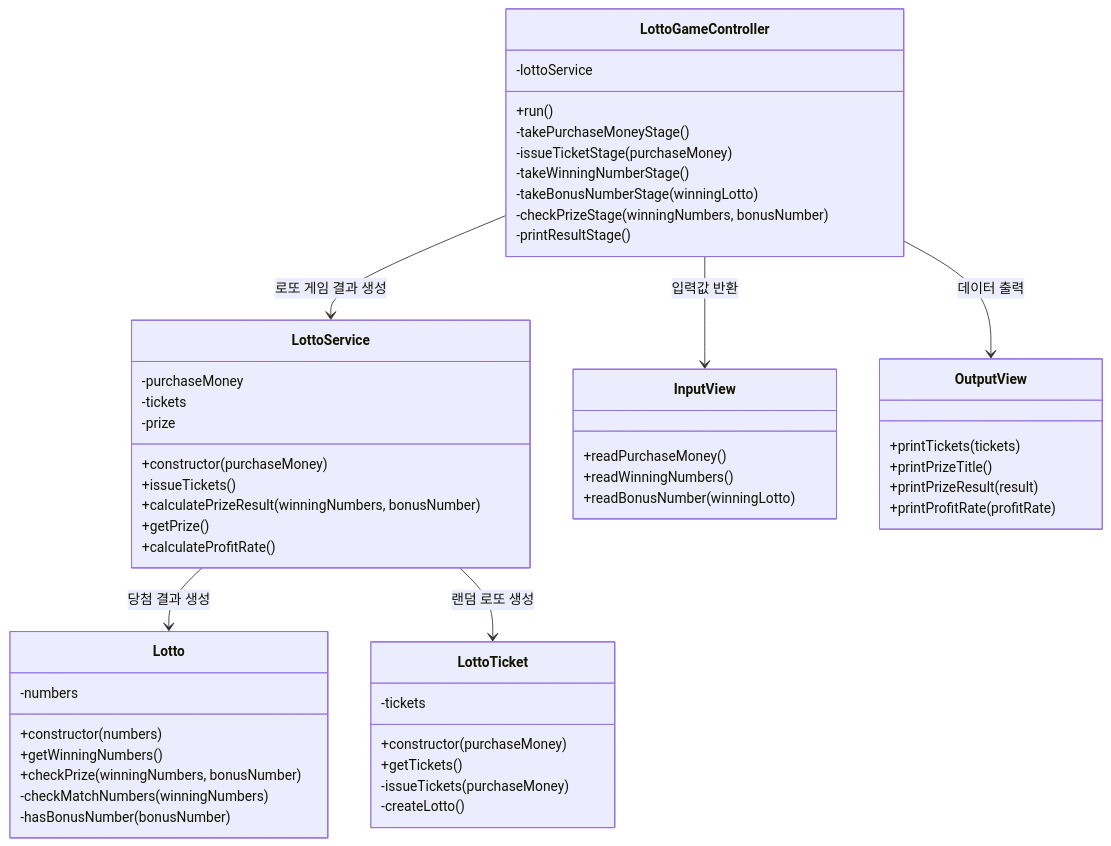
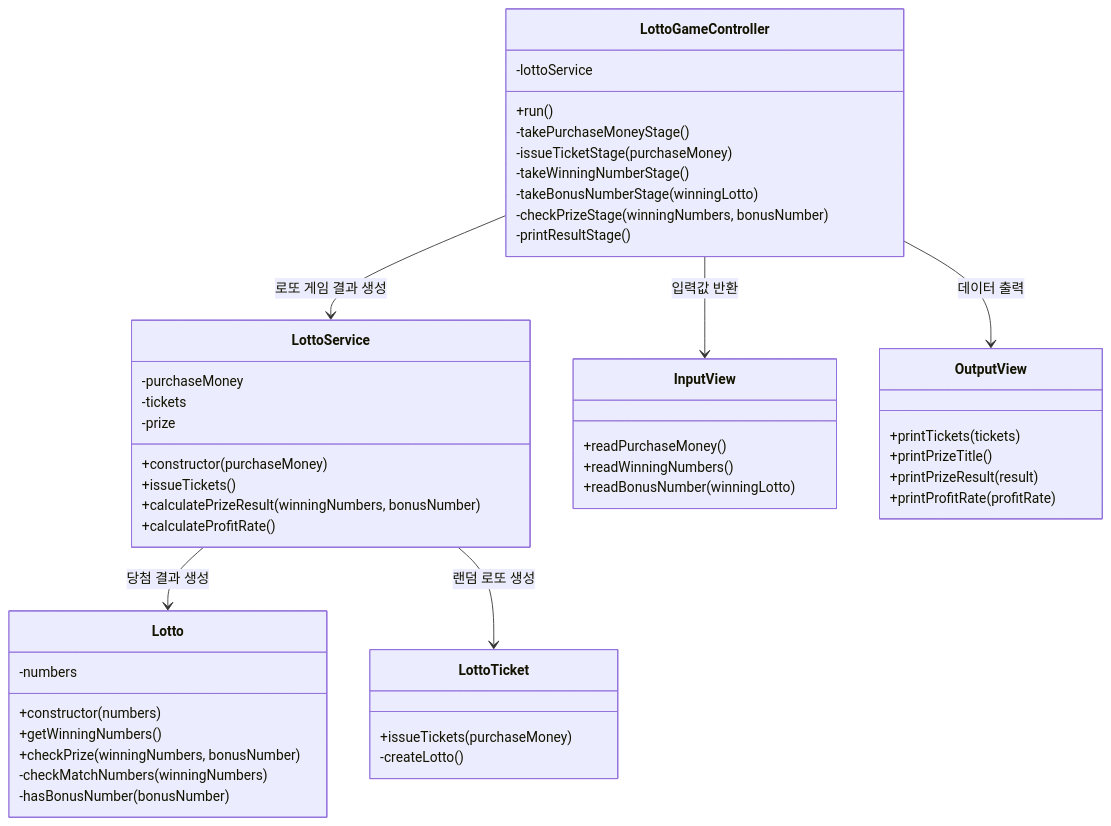
One commit to woowacourse-precourse/javascript-lotto-6 changed the first of 2 diagrams in docs/README.md. Above: the diagram before and after it, drawn with Mermaid. The commit also changed 3 other files, not shown here.

````diff
--- a/docs/README.md
+++ b/docs/README.md
@@ -68,62 +68,58 @@
 ```mermaid
 
 classDiagram
   class LottoGameController {
     -lottoService
     +run()
     -takePurchaseMoneyStage()
     -issueTicketStage(purchaseMoney)
     -takeWinningNumberStage()
     -takeBonusNumberStage(winningLotto)
     -checkPrizeStage(winningNumbers, bonusNumber)
     -printResultStage()
   }
 
   class LottoService {
     -purchaseMoney
     -tickets
     -prize
     +constructor(purchaseMoney)
     +issueTickets()
     +calculatePrizeResult(winningNumbers, bonusNumber)
-    +getPrize()
     +calculateProfitRate()
   }
 
   class InputView {
     +readPurchaseMoney()
     +readWinningNumbers()
     +readBonusNumber(winningLotto)
   }
 
   class OutputView {
     +printTickets(tickets)
     +printPrizeTitle()
     +printPrizeResult(result)
     +printProfitRate(profitRate)
   }
 
   class LottoTicket {
-    -tickets
-    +constructor(purchaseMoney)
-    +getTickets()
-    -issueTickets(purchaseMoney)
+    +issueTickets(purchaseMoney)
     -createLotto()
   }
 
   class Lotto {
     -numbers
     +constructor(numbers)
     +getWinningNumbers()
     +checkPrize(winningNumbers, bonusNumber)
     -checkMatchNumbers(winningNumbers)
     -hasBonusNumber(bonusNumber)
   }
 
   LottoGameController --> LottoService : 로또 게임 결과 생성
   LottoGameController --> InputView : 입력값 반환
   LottoGameController --> OutputView : 데이터 출력
   LottoService --> Lotto : 당첨 결과 생성
   LottoService --> LottoTicket : 랜덤 로또 생성
 
 ```
````
